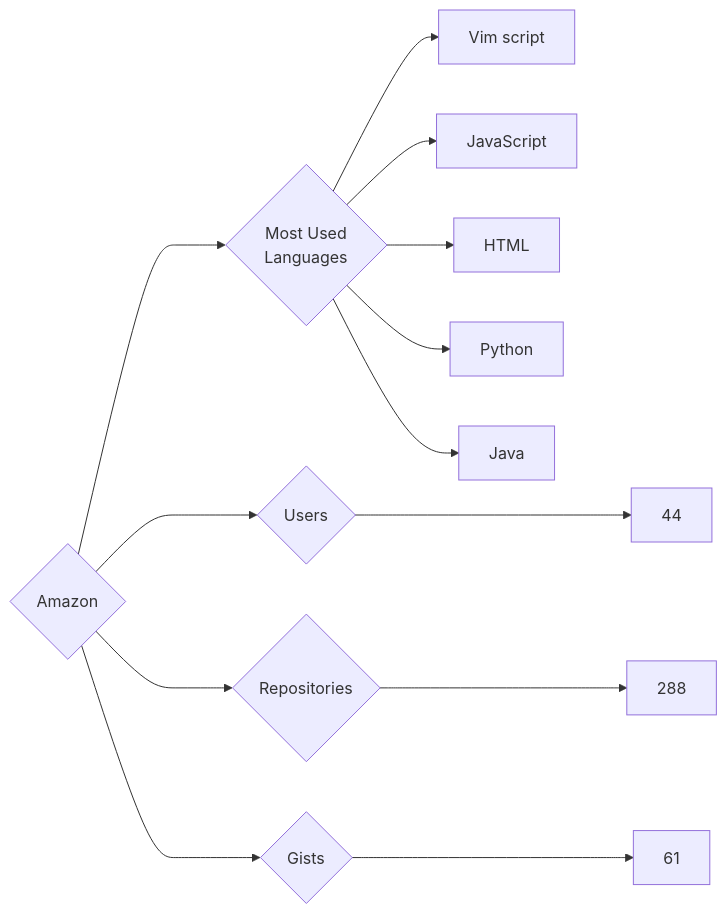
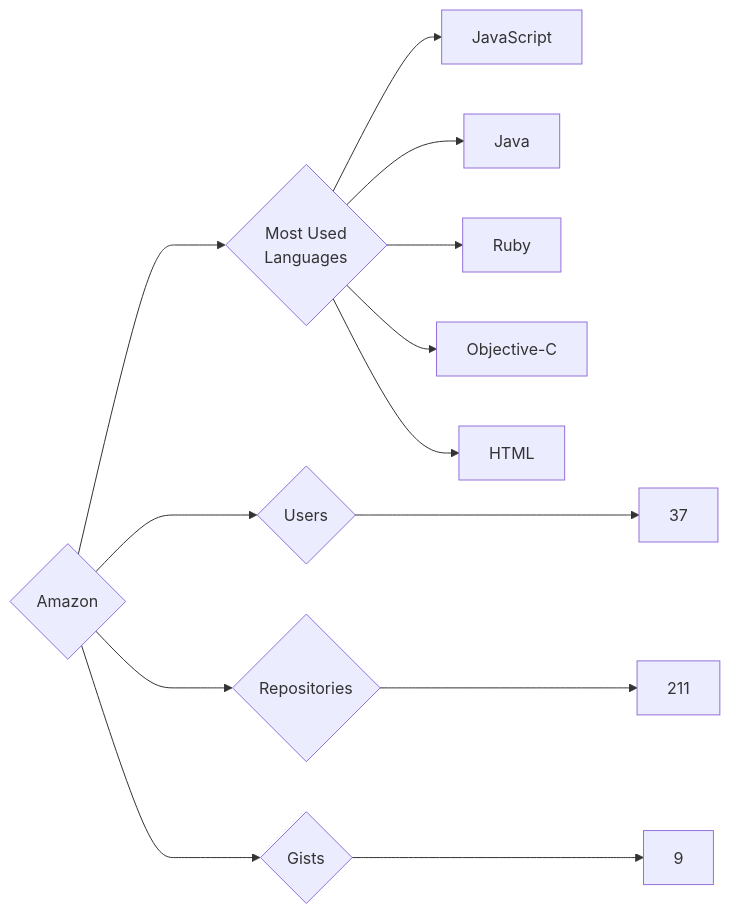
The diagram in targets/Amazon/README.md (trickest/insiders), drawn with Mermaid before and after one commit. The commit also changed 965 other files, not shown here.

````diff
--- a/targets/Amazon/README.md
+++ b/targets/Amazon/README.md
@@ -3,13 +3,13 @@
 ```mermaid
 graph LR
 COMPANY_NAME{Amazon}
-COMPANY_NAME ---> U{Users} ---> UN[44]
-COMPANY_NAME ---> R{Repositories} ---> RN[288]
-COMPANY_NAME ---> G{Gists} ---> GN[61]
+COMPANY_NAME ---> U{Users} ---> UN[37]
+COMPANY_NAME ---> R{Repositories} ---> RN[211]
+COMPANY_NAME ---> G{Gists} ---> GN[9]
 COMPANY_NAME ---> ML{Most Used<br>Languages}
-ML --> Vim_script[Vim script]
 ML --> JavaScript[JavaScript]
+ML --> Java[Java]
+ML --> Ruby[Ruby]
+ML --> Objective-C[Objective-C]
 ML --> HTML[HTML]
-ML --> Python[Python]
-ML --> Java[Java]
 ```
````
